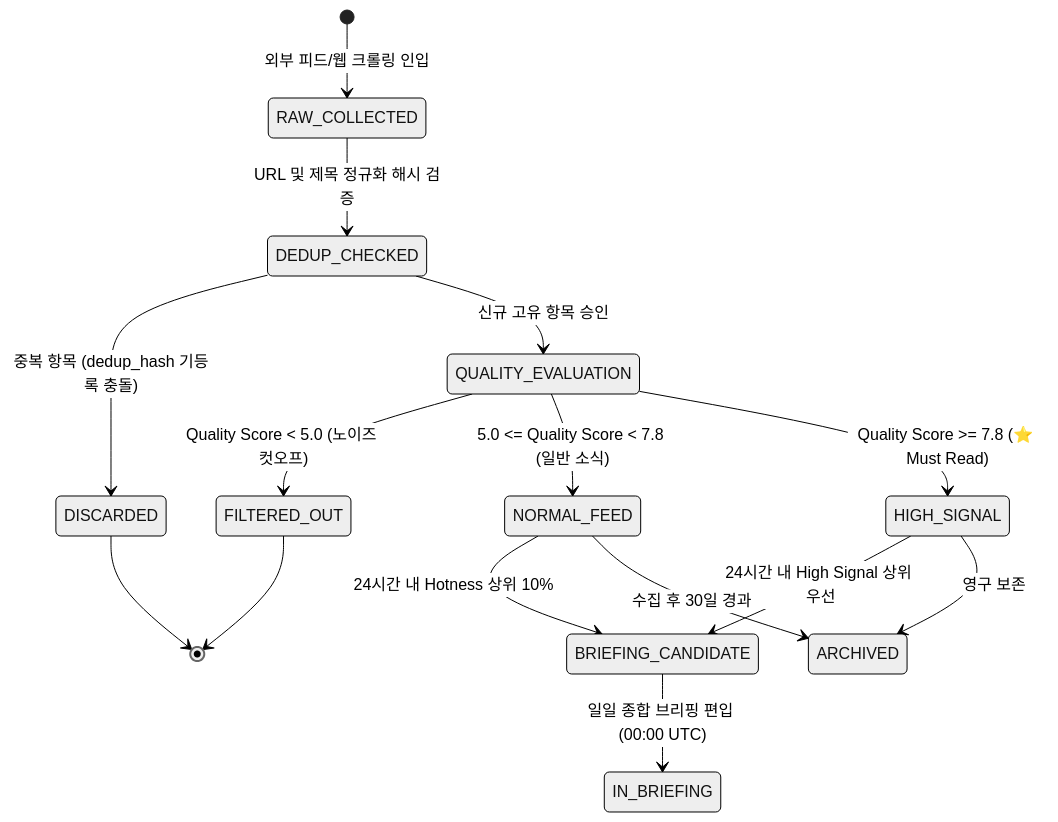
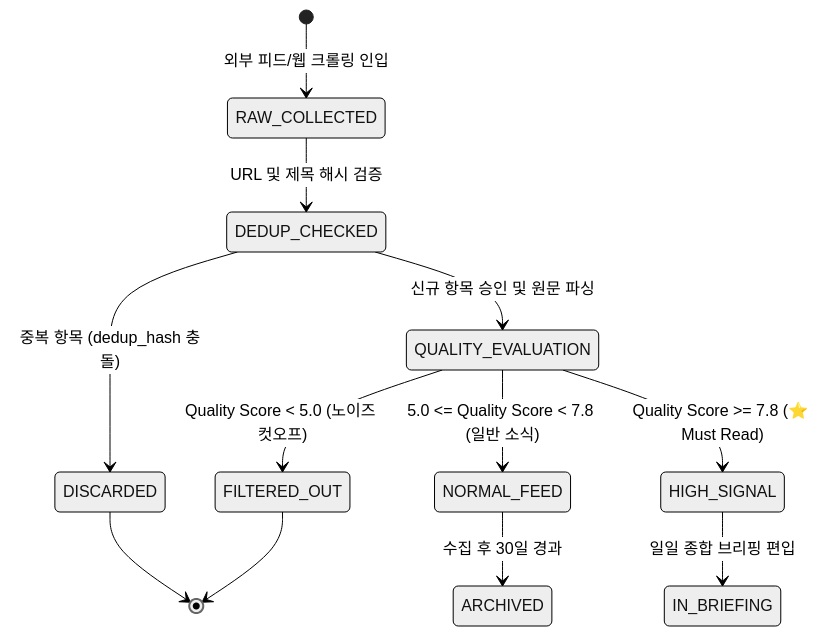
The first of 2 diagrams in docs/spec-writer/03_POLICIES_AND_EDGES.md (ozplayground/agent-lens), drawn with Mermaid (neutral theme) before and after one commit. The commit also changed other lines of this file and 41 other files, not shown here.

````diff
--- a/docs/spec-writer/03_POLICIES_AND_EDGES.md
+++ b/docs/spec-writer/03_POLICIES_AND_EDGES.md
@@ -17,17 +15,14 @@
 ```mermaid
 stateDiagram-v2
     [*] --> RAW_COLLECTED: 외부 피드/웹 크롤링 인입
-    RAW_COLLECTED --> DEDUP_CHECKED: URL 및 제목 정규화 해시 검증
-    DEDUP_CHECKED --> DISCARDED: 중복 항목 (dedup_hash 기등록 충돌)
-    DEDUP_CHECKED --> QUALITY_EVALUATION: 신규 고유 항목 승인
+    RAW_COLLECTED --> DEDUP_CHECKED: URL 및 제목 해시 검증
+    DEDUP_CHECKED --> DISCARDED: 중복 항목 (dedup_hash 충돌)
+    DEDUP_CHECKED --> QUALITY_EVALUATION: 신규 항목 승인 및 원문 파싱
     QUALITY_EVALUATION --> FILTERED_OUT: Quality Score < 5.0 (노이즈 컷오프)
     QUALITY_EVALUATION --> NORMAL_FEED: 5.0 <= Quality Score < 7.8 (일반 소식)
     QUALITY_EVALUATION --> HIGH_SIGNAL: Quality Score >= 7.8 (⭐️ Must Read)
-    NORMAL_FEED --> BRIEFING_CANDIDATE: 24시간 내 Hotness 상위 10%
-    HIGH_SIGNAL --> BRIEFING_CANDIDATE: 24시간 내 High Signal 상위 우선
-    BRIEFING_CANDIDATE --> IN_BRIEFING: 일일 종합 브리핑 편입 (00:00 UTC)
+    HIGH_SIGNAL --> IN_BRIEFING: 일일 종합 브리핑 편입
     NORMAL_FEED --> ARCHIVED: 수집 후 30일 경과
-    HIGH_SIGNAL --> ARCHIVED: 영구 보존
     DISCARDED --> [*]
     FILTERED_OUT --> [*]
 ```
````
